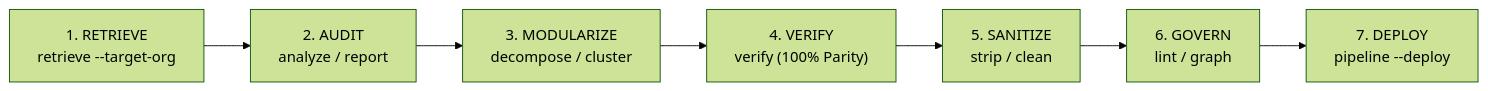
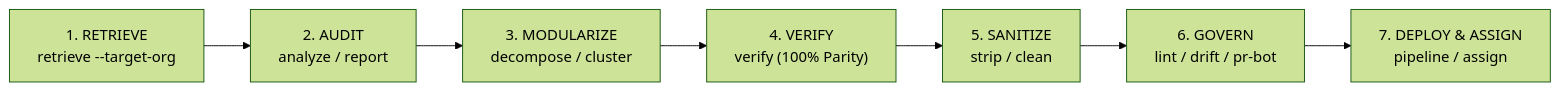
Before and after one commit to visparashar/permforge: the first of 2 diagrams in README.md, drawn with Mermaid (forest theme). The commit also changed other lines of this file and 7 other files, not shown here.

````diff
--- a/README.md
+++ b/README.md
@@ -41,9 +41,9 @@
 ```mermaid
 flowchart LR
     A["1. RETRIEVE<br/>retrieve --target-org"] --> B["2. AUDIT<br/>analyze / report"]
     B --> C["3. MODULARIZE<br/>decompose / cluster"]
     C --> D["4. VERIFY<br/>verify (100% Parity)"]
     D --> E["5. SANITIZE<br/>strip / clean"]
-    E --> F["6. GOVERN<br/>lint / graph"]
-    F --> G["7. DEPLOY<br/>pipeline --deploy"]
+    E --> F["6. GOVERN<br/>lint / drift / pr-bot"]
+    F --> G["7. DEPLOY & ASSIGN<br/>pipeline / assign"]
 ```
````
